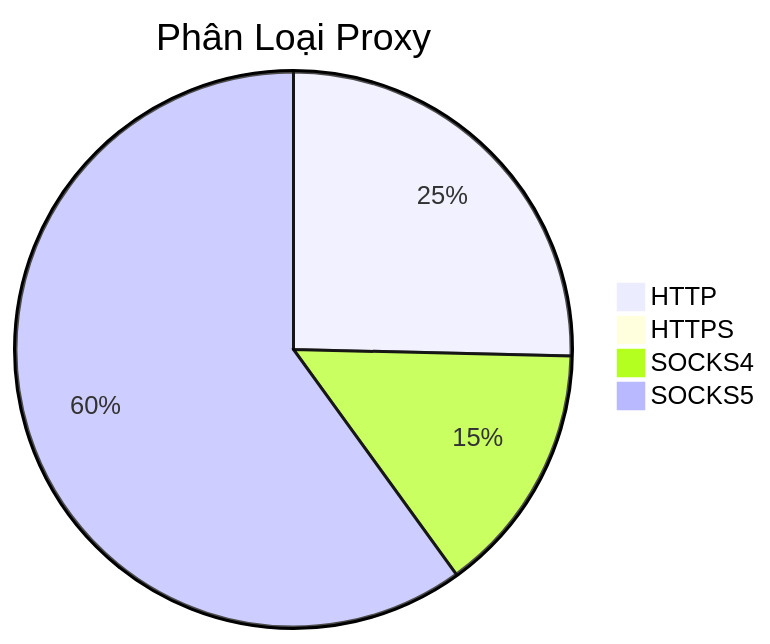
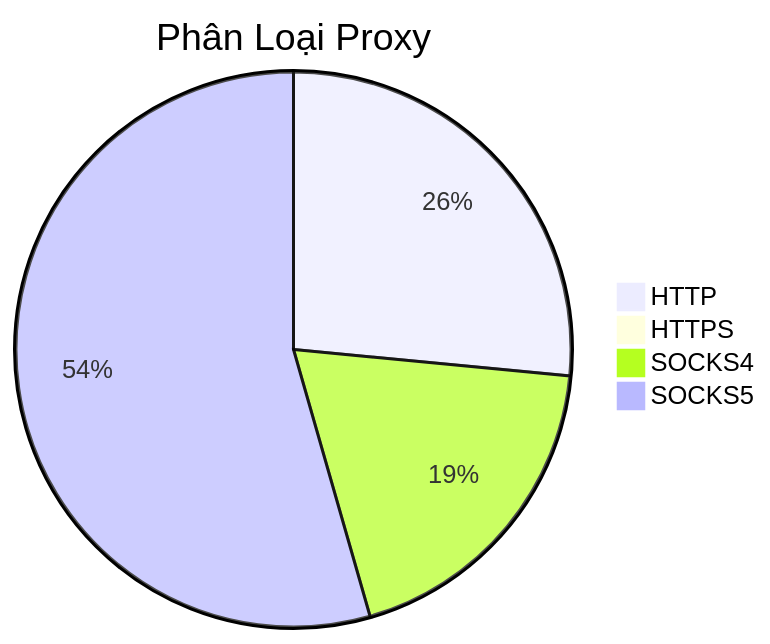
One commit to Ciara-Aa/PROXY-free changed the diagram in README.md. Above: the diagram before and after it, drawn with Mermaid. The commit also changed other lines of this file and 4 other files, not shown here.

````diff
--- a/README.md
+++ b/README.md
@@ -26,7 +26,7 @@
 ```mermaid
 pie title Phân Loại Proxy
-    "HTTP" : 407
-    "HTTPS" : 2
-    "SOCKS4" : 235
-    "SOCKS5" : 962
+    "HTTP" : 319
+    "HTTPS" : 1
+    "SOCKS4" : 229
+    "SOCKS5" : 655
 ```
````
